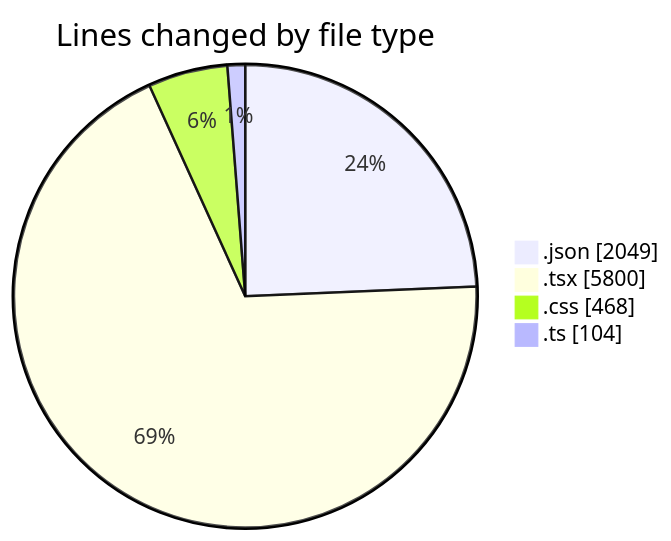
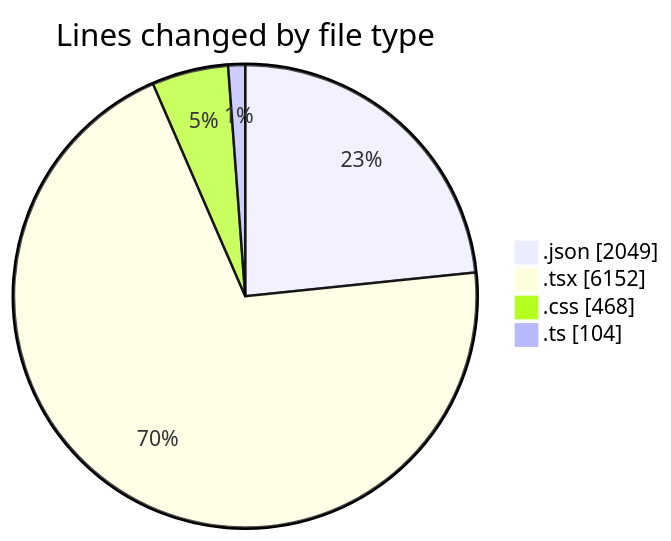
The first of 2 diagrams in 2025-08-14/ribbon/README.md (EIIisD/code-tracking), drawn with Mermaid before and after one commit. The commit also changed other lines of this file and 1 other file, not shown here.

````diff
--- a/2025-08-14/ribbon/README.md
+++ b/2025-08-14/ribbon/README.md
@@ -29,8 +29,8 @@
 ```mermaid
 pie showData
 title Lines changed by file type
 ".json" : 2049
-".tsx" : 5800
+".tsx" : 6152
 ".css" : 468
 ".ts" : 104
 ```
````
